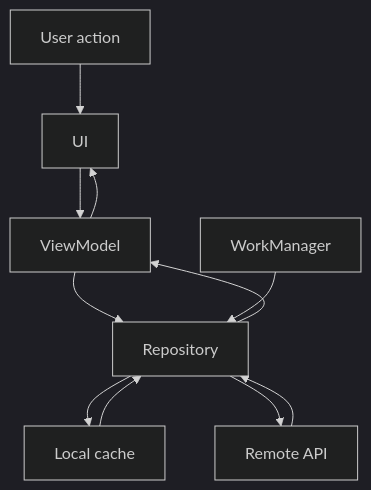
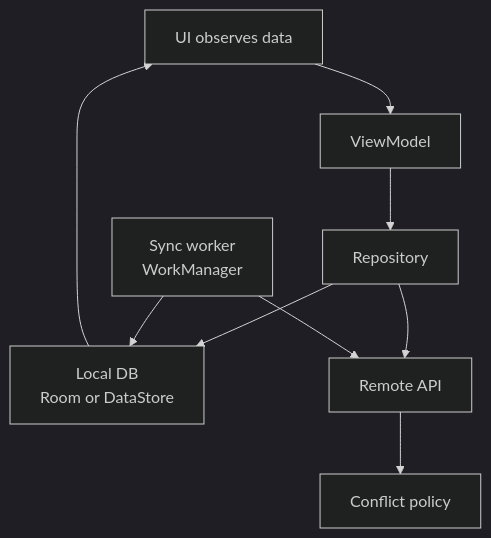
Before and after one commit to m1ser4ble/m1ser4ble.github.io: the third of 3 diagrams in _posts/2026-06-09-manifest-android-interview-03-jetpack-business-logic.md, drawn with Mermaid (dark theme). The commit also changed other lines of this file and 3 other files, not shown here.

```diff
--- a/_posts/2026-06-09-manifest-android-interview-03-jetpack-business-logic.md
+++ b/_posts/2026-06-09-manifest-android-interview-03-jetpack-business-logic.md
@@ -147,18 +161,19 @@
 <div class="mermaid">
 flowchart TD
-    User[User action]
-    UI[UI]
-    VM[ViewModel]
-    Repo[Repository]
-    Cache[Local cache]
-    API[Remote API]
-    Work[WorkManager]
+    UI["UI observes data"]
+    VM["ViewModel"]
+    Repo["Repository"]
+    DB["Local DB<br/>Room or DataStore"]
+    API["Remote API"]
+    Worker["Sync worker<br/>WorkManager"]
+    Conflict["Conflict policy"]
 
-    User --> UI --> VM --> Repo
-    Repo --> Cache
+    UI --> VM
+    VM --> Repo
+    Repo --> DB
     Repo --> API
-    API --> Repo
-    Cache --> Repo
-    Repo --> VM --> UI
-    Work --> Repo
+    Worker --> API
+    Worker --> DB
+    API --> Conflict
+    DB --> UI
 </div>
```
